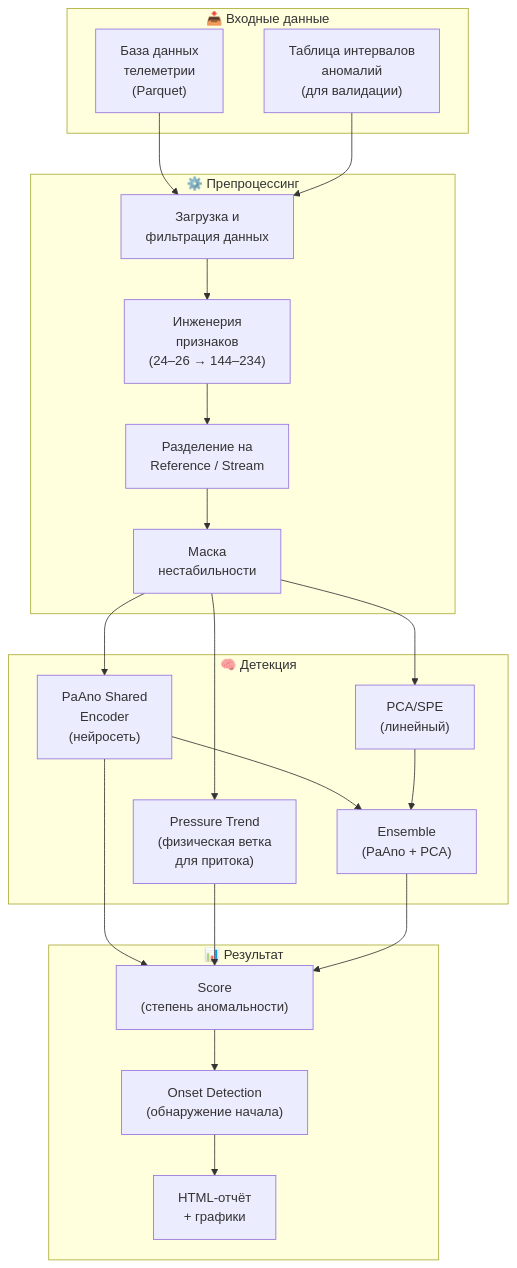
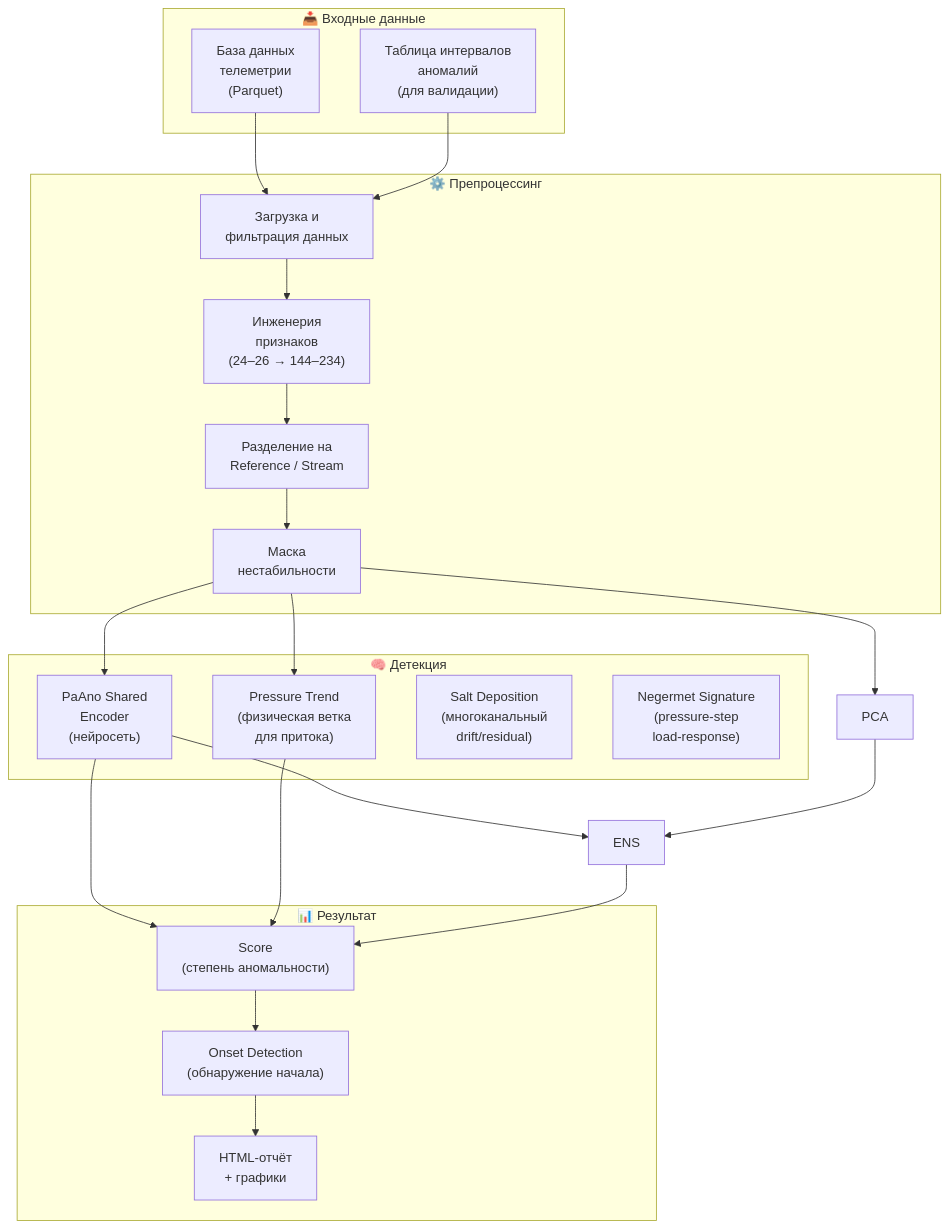
Before and after one commit to DarkPrinceWarrior/alma_servie: the second of 8 diagrams in docs/ALMA_система_детекции_аномалий.md, drawn with Mermaid. The commit also changed other lines of this file and 29 other files, not shown here.

````diff
--- a/docs/ALMA_система_детекции_аномалий.md
+++ b/docs/ALMA_система_детекции_аномалий.md
@@ -144,43 +144,43 @@
 ```mermaid
 flowchart TB
     subgraph INPUT["📥 Входные данные"]
         DB["База данных<br/>телеметрии<br/>(Parquet)"]
         INTERVALS["Таблица интервалов<br/>аномалий<br/>(для валидации)"]
     end
 
     subgraph PREPROCESS["⚙️ Препроцессинг"]
         LOAD["Загрузка и<br/>фильтрация данных"]
         FEAT["Инженерия<br/>признаков<br/>(24–26 → 144–234)"]
         SPLIT["Разделение на<br/>Reference / Stream"]
         MASK["Маска<br/>нестабильности"]
     end
 
     subgraph DETECT["🧠 Детекция"]
         PAANO["PaAno Shared<br/>Encoder<br/>(нейросеть)"]
         PTR["Pressure Trend<br/>(физическая ветка<br/>для притока)"]
-        PCA["PCA/SPE<br/>(линейный)"]
-        ENS["Ensemble<br/>(PaAno + PCA)"]
+        SALT["Salt Deposition<br/>(многоканальный<br/>drift/residual)"]
+        NEG["Negermet Signature<br/>(pressure-step<br/>load-response)"]
     end
 
     subgraph OUTPUT["📊 Результат"]
         SCORE["Score<br/>(степень аномальности)"]
         ONSET["Onset Detection<br/>(обнаружение начала)"]
         REPORT["HTML-отчёт<br/>+ графики"]
     end
 
     DB --> LOAD
     INTERVALS --> LOAD
     LOAD --> FEAT
     FEAT --> SPLIT
     SPLIT --> MASK
     MASK --> PAANO
     MASK --> PTR
     MASK --> PCA
     PAANO --> ENS
     PCA --> ENS
     PAANO --> SCORE
     PTR --> SCORE
     ENS --> SCORE
     SCORE --> ONSET
     ONSET --> REPORT
 ```
````
